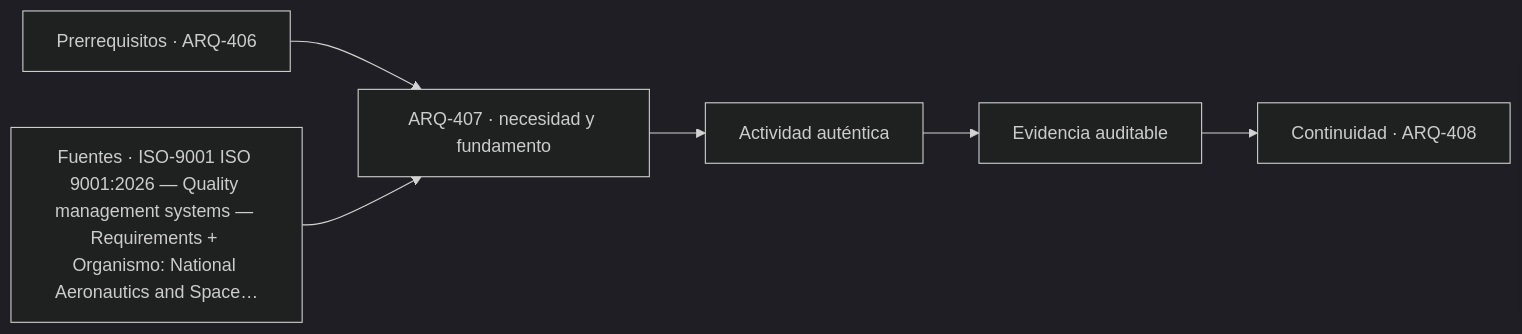
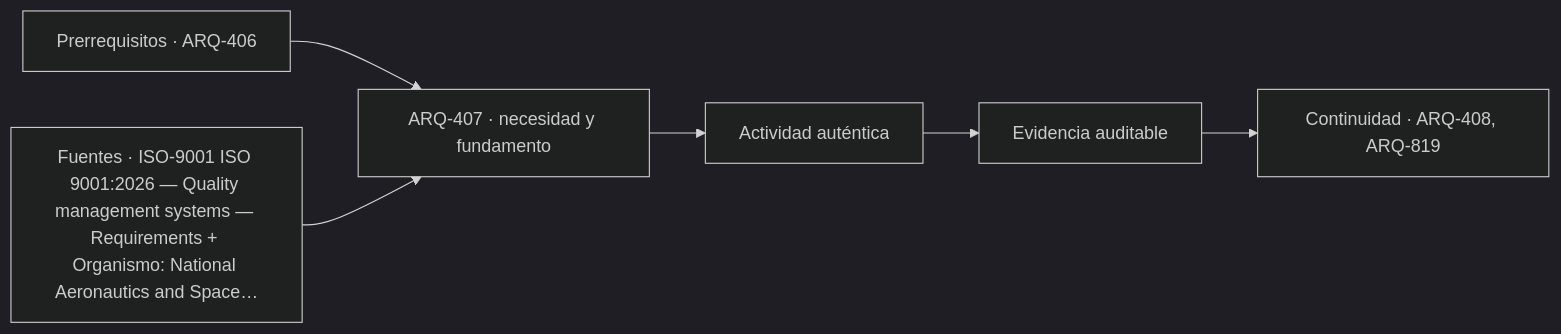
Before and after one commit to vladimiracunadev-create/architecture-built-environment-learning-program: the diagram in classes/parte-41/ARQ-407.md, drawn with Mermaid (dark theme). The commit also changed other lines of this file and 234 other files, not shown here.

````diff
--- a/classes/parte-41/ARQ-407.md
+++ b/classes/parte-41/ARQ-407.md
@@ -103,8 +103,8 @@
 ```mermaid
 flowchart LR
     A["Prerrequisitos · ARQ-406"] --> B["ARQ-407 · necesidad y fundamento"]
     S["Fuentes · ISO-9001 ISO 9001:2026 — Quality management systems — Requirements + Organismo: National Aeronautics and Space…"] --> B
     B --> C["Actividad auténtica"]
     C --> D["Evidencia auditable"]
-    D --> E["Continuidad · ARQ-408"]
+    D --> E["Continuidad · ARQ-408, ARQ-819"]
 ```
````
